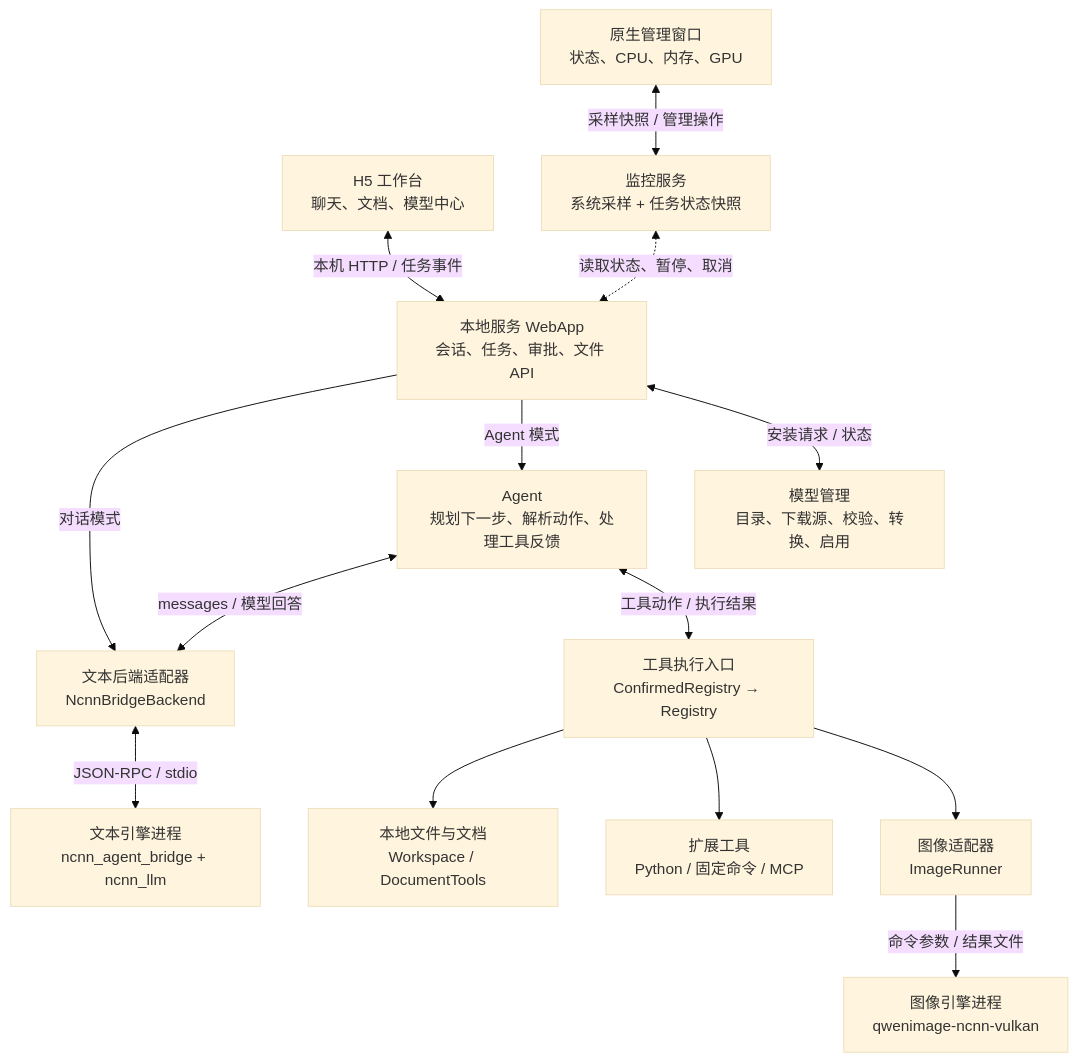
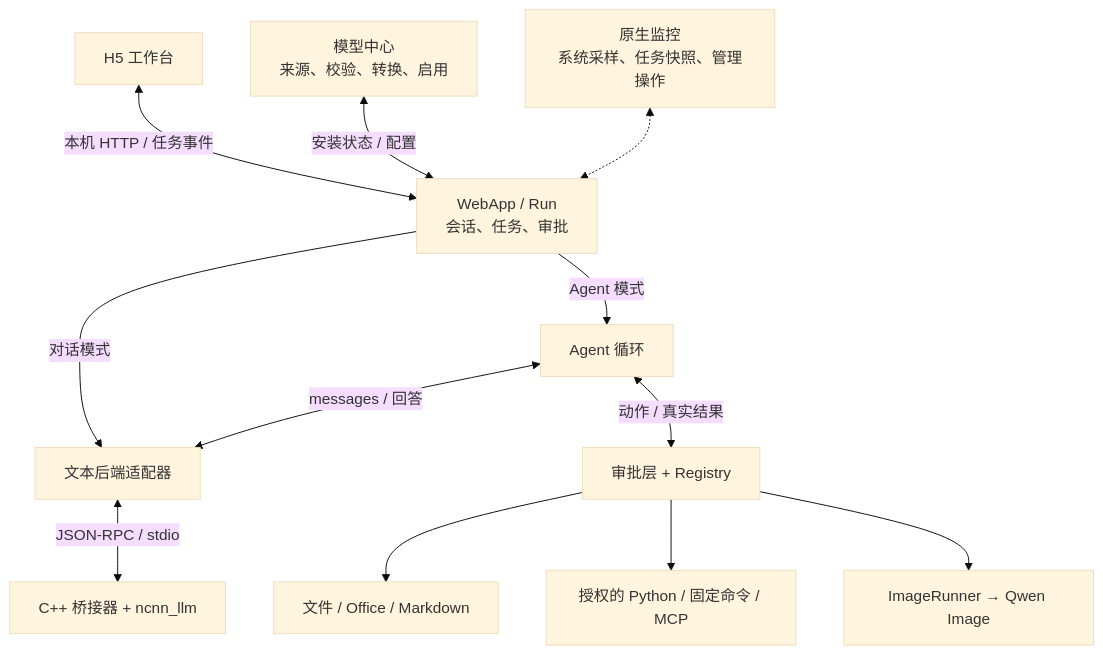
Before and after one commit to chentyjpm/ncnn_llm-agent-demo: the diagram in README.md, drawn with Mermaid (base theme). The commit also changed other lines of this file and 13 other files, not shown here.

First line of the commit message:
docs: publish screenshot-led README and retain detailed architecture

````diff
--- a/README.md
+++ b/README.md
@@ -21,30 +159,14 @@
 ```mermaid
 flowchart TB
-    UI["H5 工作台<br/>聊天、文档、模型中心"]
-    DASH["原生管理窗口<br/>状态、CPU、内存、GPU"]
-    WEB["本地服务 WebApp<br/>会话、任务、审批、文件 API"]
-    AGENT["Agent<br/>规划下一步、解析动作、处理工具反馈"]
-    BACKEND["文本后端适配器<br/>NcnnBridgeBackend"]
-    GATE["工具执行入口<br/>ConfirmedRegistry → Registry"]
-    DOC["本地文件与文档<br/>Workspace / DocumentTools"]
-    EXT["扩展工具<br/>Python / 固定命令 / MCP"]
-    IMG["图像适配器<br/>ImageRunner"]
-    LLM["文本引擎进程<br/>ncnn_agent_bridge + ncnn_llm"]
-    IMAGE["图像引擎进程<br/>qwenimage-ncnn-vulkan"]
-    HUB["模型管理<br/>目录、下载源、校验、转换、启用"]
-    MON["监控服务<br/>系统采样 + 任务状态快照"]
-
-    UI <-->|"本机 HTTP / 任务事件"| WEB
-    WEB -->|"对话模式"| BACKEND
-    WEB -->|"Agent 模式"| AGENT
-    AGENT <-->|"messages / 模型回答"| BACKEND
-    AGENT <-->|"工具动作 / 执行结果"| GATE
-    GATE --> DOC
-    GATE --> EXT
-    GATE --> IMG
-    BACKEND <-->|"JSON-RPC / stdio"| LLM
-    IMG -->|"命令参数 / 结果文件"| IMAGE
-    WEB <-->|"安装请求 / 状态"| HUB
-    DASH <-->|"采样快照 / 管理操作"| MON
-    MON <-.->|"读取状态、暂停、取消"| WEB
+    UI["H5 工作台"] <-->|"本机 HTTP / 任务事件"| WEB["WebApp / Run<br/>会话、任务、审批"]
+    WEB -->|"对话模式"| B["文本后端适配器"]
+    WEB -->|"Agent 模式"| A["Agent 循环"]
+    A <-->|"messages / 回答"| B
+    B <-->|"JSON-RPC / stdio"| L["C++ 桥接器 + ncnn_llm"]
+    A <-->|"动作 / 真实结果"| T["审批层 + Registry"]
+    T --> D["文件 / Office / Markdown"]
+    T --> E["授权的 Python / 固定命令 / MCP"]
+    T --> I["ImageRunner → Qwen Image"]
+    HUB["模型中心<br/>来源、校验、转换、启用"] <-->|"安装状态 / 配置"| WEB
+    MON["原生监控<br/>系统采样、任务快照、管理操作"] <-.-> WEB
 ```
````
